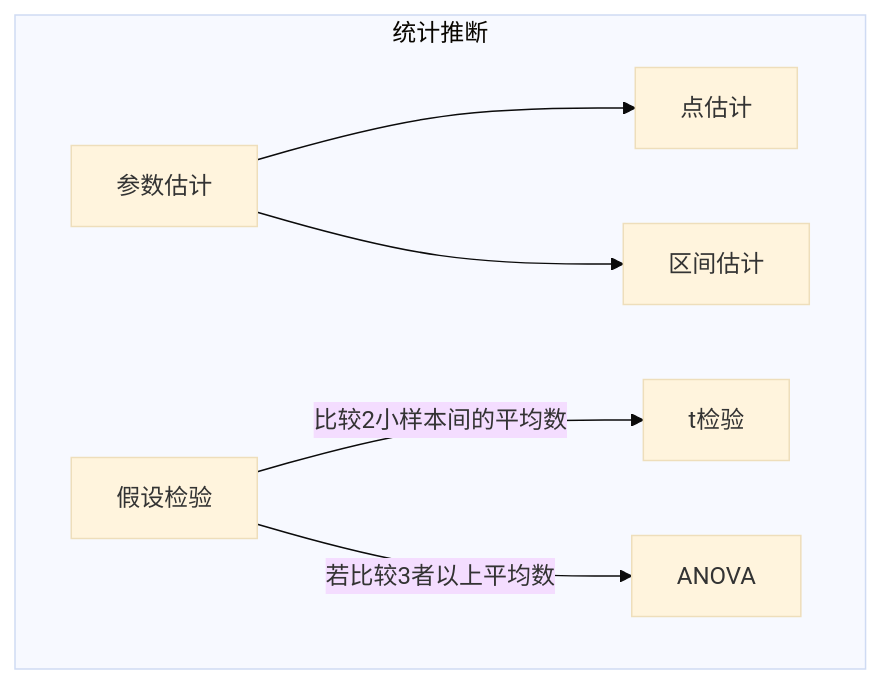
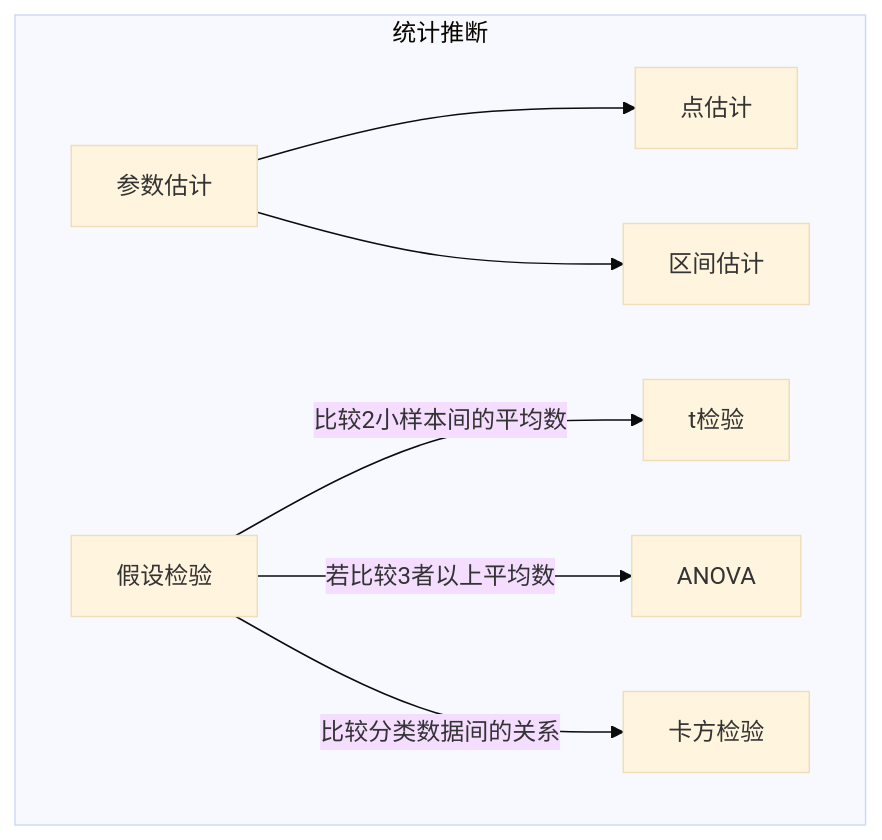
One commit to introvert24312/somehow changed the second of 4 diagrams in source/_posts/Mind map of health statistics.md. Above: the diagram before and after it, drawn with Mermaid (base theme). The commit also changed other lines of this file and 2 other files, not shown here.

````diff
--- a/source/_posts/Mind map of health statistics.md
+++ b/source/_posts/Mind map of health statistics.md
@@ -30,14 +30,15 @@
 ```mermaid
 graph TD;
 subgraph 统计推断
 1[参数估计]-->1a[点估计]
 1-->1b[区间估计]
 2[假设检验]-->|比较2小样本间的平均数|2a[t检验]
 2[假设检验]-->|若比较3者以上平均数|2b[ANOVA]
+2-->|比较分类数据间的关系|卡方检验
 end
 click 1a "https://ysz.asia/2024/10/10/interval%20estimation/"
 click 1b "https://ysz.asia/2024/10/10/interval%20estimation/"
 click 2 "https://ysz.asia/2024/04/04/hypothesis%20testing/"
 click 2a "https://ysz.asia/2024/04/05/t%20testing/"
 
 ```
````
